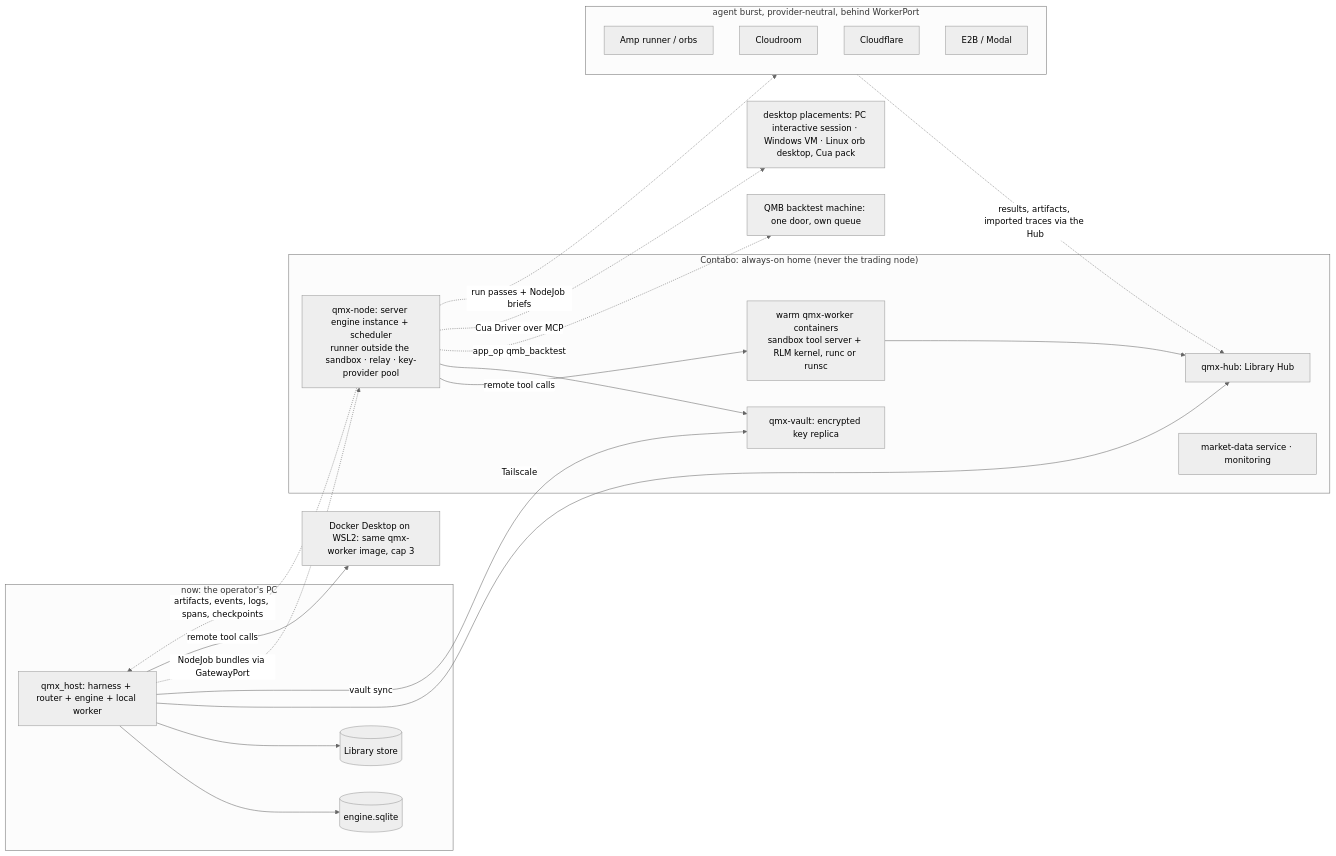
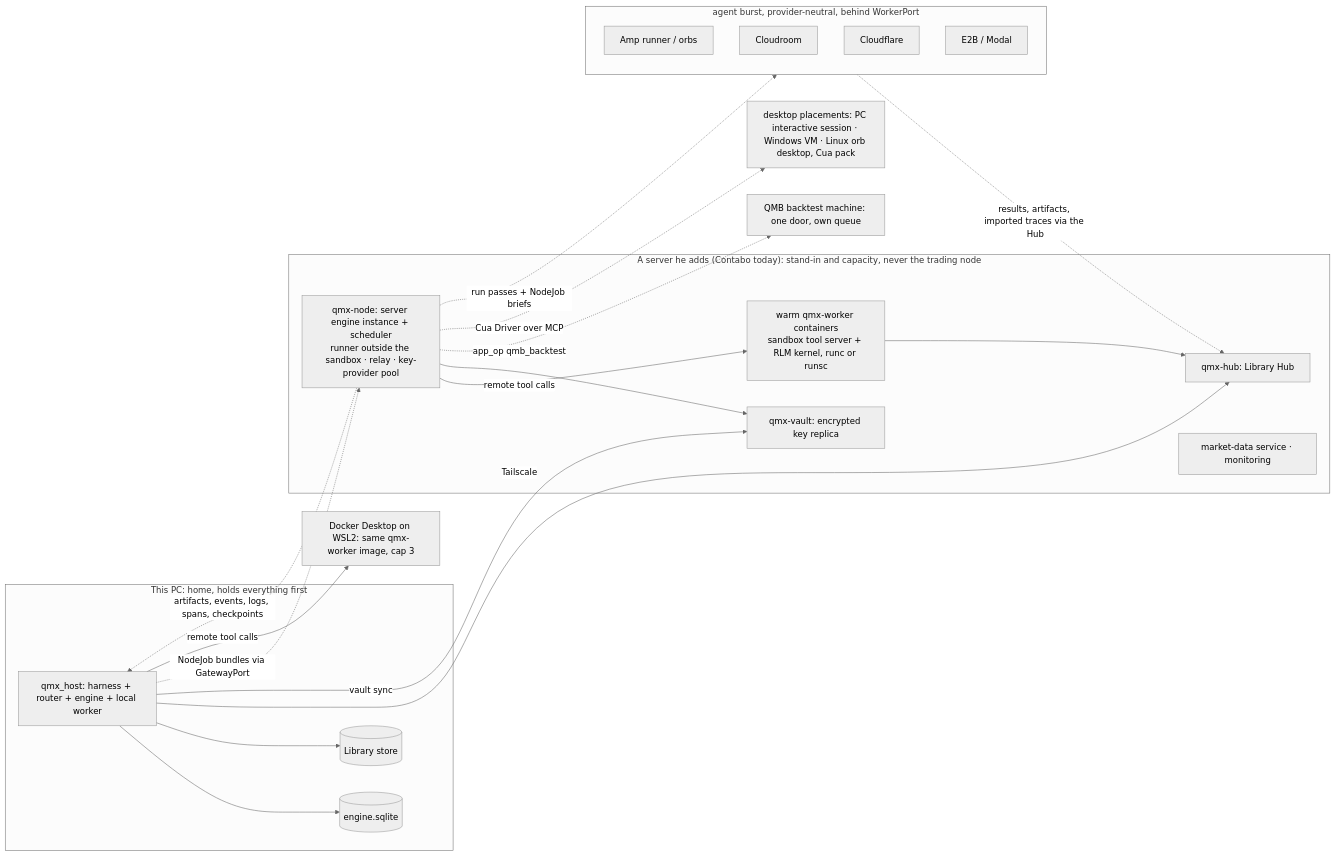
The third of 4 diagrams in tracker/qma-v2/architecture/workflow-engine/ARCHITECTURE-SPINE.md (mubarakhimself-byte/QMX), drawn with Mermaid (neutral theme) before and after one commit. The commit also changed other lines of this file and 6 other files, not shown here.

````diff
--- a/tracker/qma-v2/architecture/workflow-engine/ARCHITECTURE-SPINE.md
+++ b/tracker/qma-v2/architecture/workflow-engine/ARCHITECTURE-SPINE.md
@@ -602,37 +612,37 @@
 ```mermaid
 flowchart LR
-  subgraph NOW["now: the operator's PC"]
+  subgraph NOW["This PC: home, holds everything first"]
     A[qmx_host: harness + router + engine + local worker]
     B[(engine.sqlite)]
     C[(Library store)]
   end
-  subgraph CONTABO["Contabo: always-on home (never the trading node)"]
+  subgraph CONTABO["A server he adds (Contabo today): stand-in and capacity, never the trading node"]
     H[qmx-hub: Library Hub]
     V[qmx-vault: encrypted key replica]
     MD[market-data service · monitoring]
     N[qmx-node: server engine instance + scheduler<br/>runner outside the sandbox · relay · key-provider pool]
     K[warm qmx-worker containers<br/>sandbox tool server + RLM kernel, runc or runsc]
     N -- remote tool calls --> K
     K --> H
     N --> V
   end
   subgraph BURST["agent burst, provider-neutral, behind WorkerPort"]
     AMP[Amp runner / orbs]
     CR[Cloudroom]
     CF[Cloudflare]
     EM[E2B / Modal]
   end
   QMB[QMB backtest machine: one door, own queue]
   DESK[desktop placements: PC interactive session · Windows VM · Linux orb desktop, Cua pack]
   A --> B
   A --> C
   A -- Tailscale --> H
   A -- vault sync --> V
   A -. NodeJob bundles via GatewayPort .-> N
   N -. run passes + NodeJob briefs .-> BURST
   BURST -. results, artifacts, imported traces via the Hub .-> H
   N -. artifacts, events, logs, spans, checkpoints .-> A
   A -- remote tool calls --> DD[Docker Desktop on WSL2: same qmx-worker image, cap 3]
   N -. app_op qmb_backtest .-> QMB
   N -. Cua Driver over MCP .-> DESK
 ```
````
